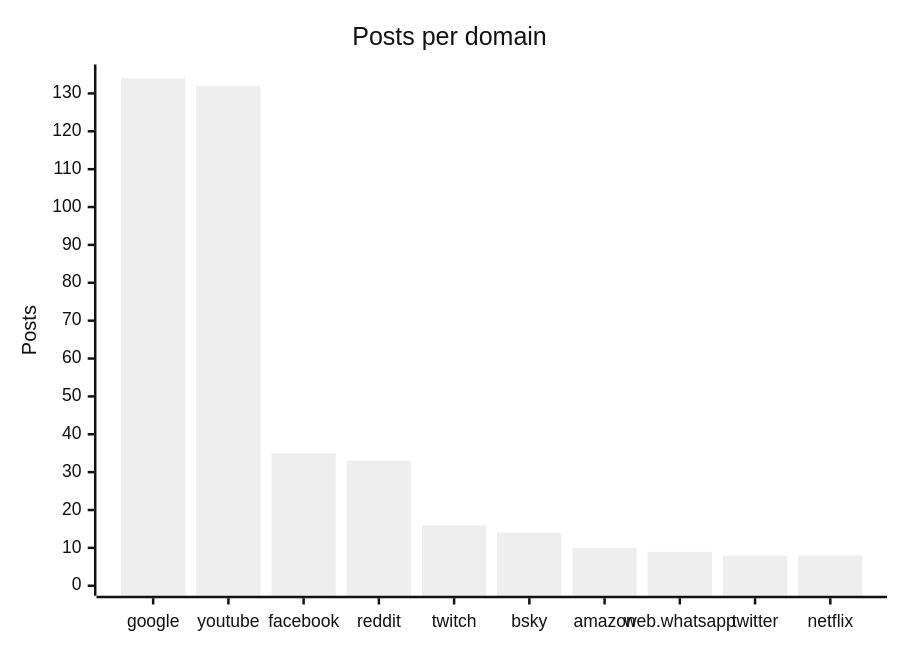
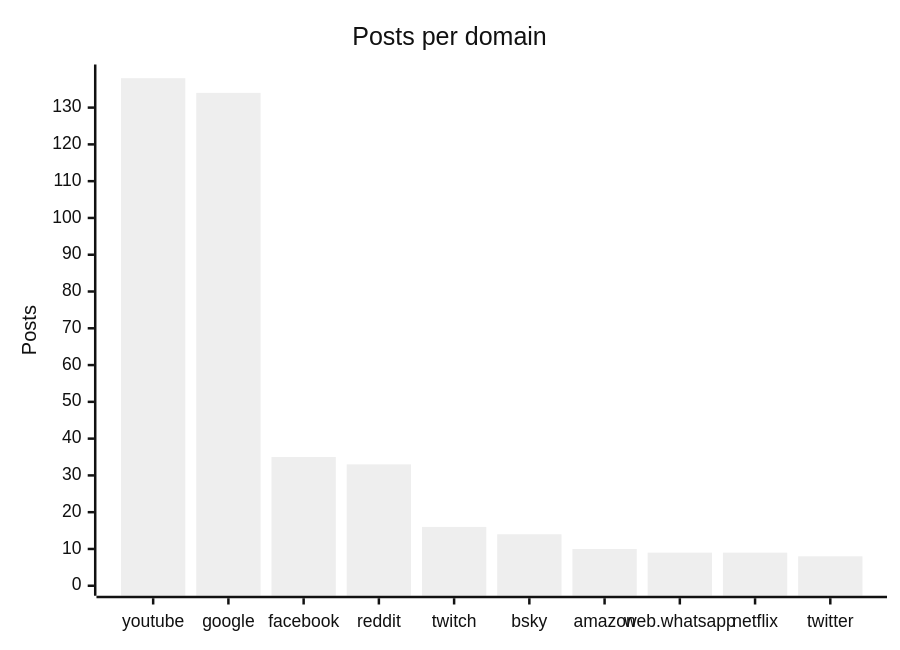
One commit to martinbalfanz/social-scanner-reports changed the fourth of 4 diagrams in README.md. Above: the diagram before and after it, drawn with Mermaid (neutral theme). The commit also changed other lines of this file and 4 other files, not shown here.

````diff
--- a/README.md
+++ b/README.md
@@ -58,7 +58,7 @@
 ```mermaid
 xychart-beta
     title "Posts per domain"
-    x-axis ["google", "youtube", "facebook", "reddit", "twitch", "bsky", "amazon", "web.whatsapp", "twitter", "netflix"]
-    y-axis "Posts" 0 --> 135
-    bar [134, 132, 35, 33, 16, 14, 10, 9, 8, 8]
+    x-axis ["youtube", "google", "facebook", "reddit", "twitch", "bsky", "amazon", "web.whatsapp", "netflix", "twitter"]
+    y-axis "Posts" 0 --> 139
+    bar [138, 134, 35, 33, 16, 14, 10, 9, 9, 8]
 ```
````
